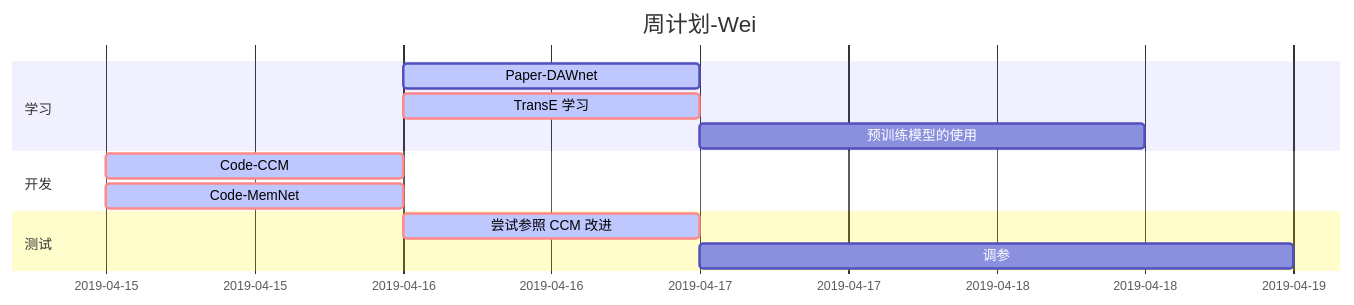
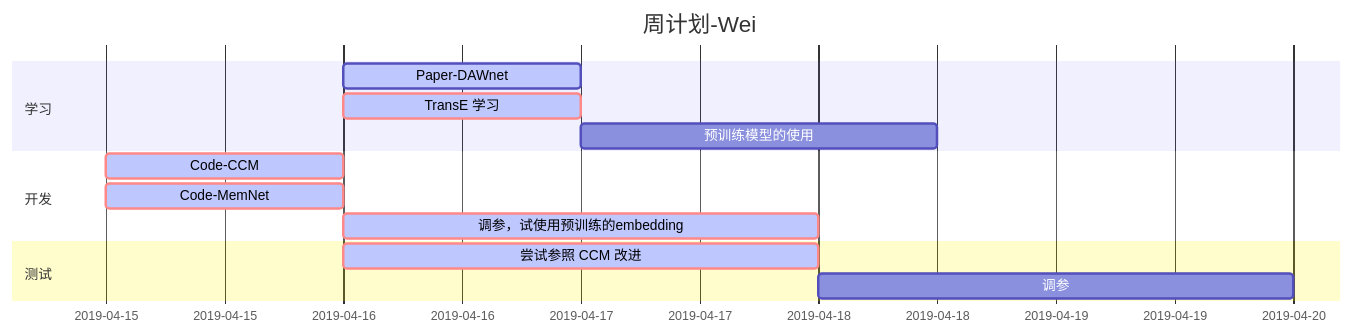
One commit to little-women/reading-list changed the second of 2 diagrams in Planner.md. Above: the diagram before and after it, drawn with Mermaid. The commit also changed 9 other files, not shown here.

````diff
--- a/Planner.md
+++ b/Planner.md
@@ -20,18 +20,19 @@
 ```mermaid
         gantt
         dateFormat  YYYY-MM-DD
         title 周计划-Wei
         
         section 学习
         Paper-DAWnet      :active, 2019-04-16, 1d
         TransE 学习          :crit, active, study1, 2019-04-16, 1d
         预训练模型的使用          :after study1, 36h
         
         section 开发
         Code-CCM                      :crit, active,2019-04-15, 1d
         Code-MemNet                   :crit, active,2019-04-15, 1d
+        调参，试使用预训练的embedding       :crit, active,2019-04-16, 2d
     
         section 测试
-        尝试参照 CCM 改进                   :crit, active, task1, 2019-04-16, 1d
+        尝试参照 CCM 改进                   :crit, active, task1, 2019-04-16, 2d
         调参                        :task2, after task1, 2d
 ```
````
